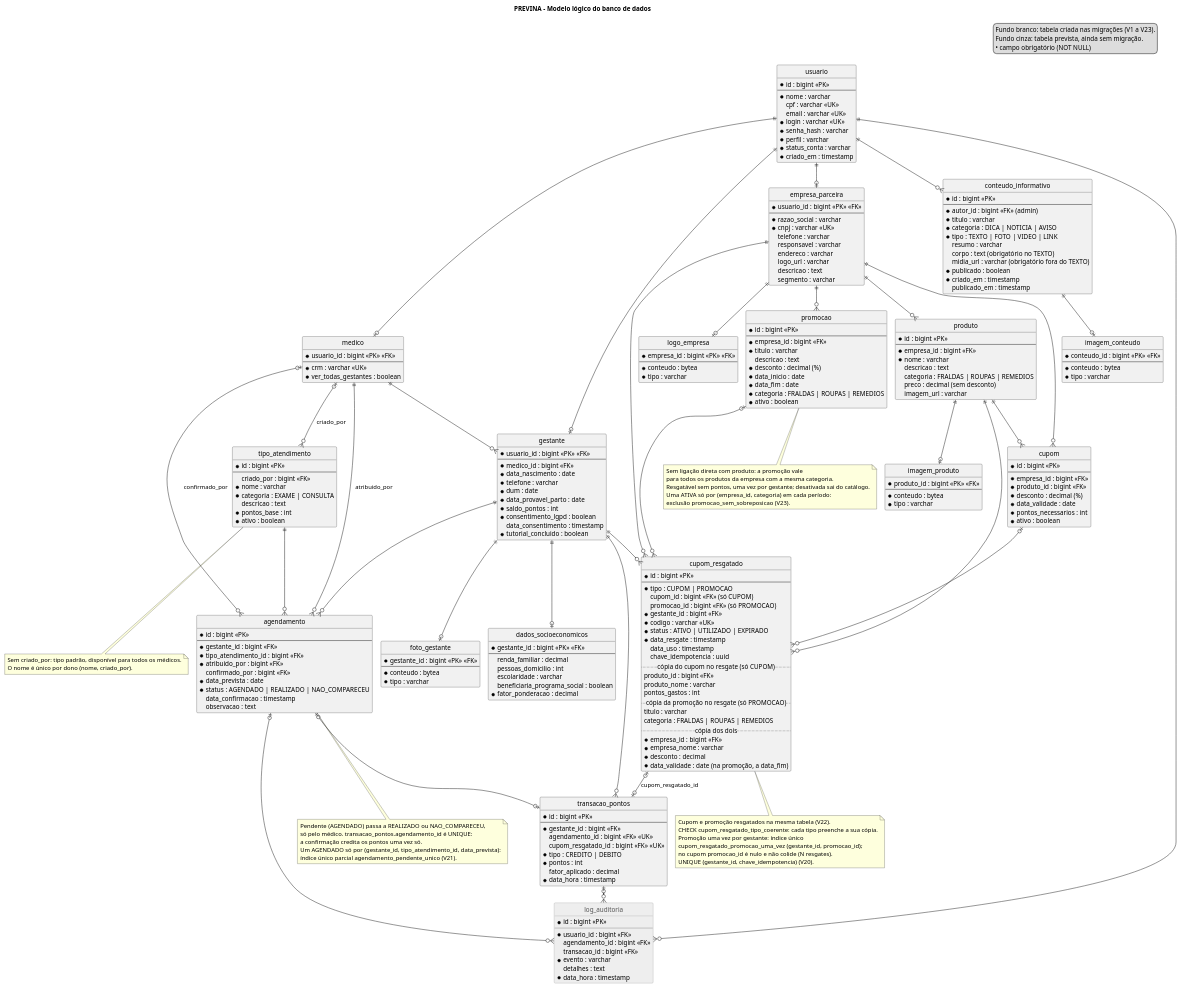
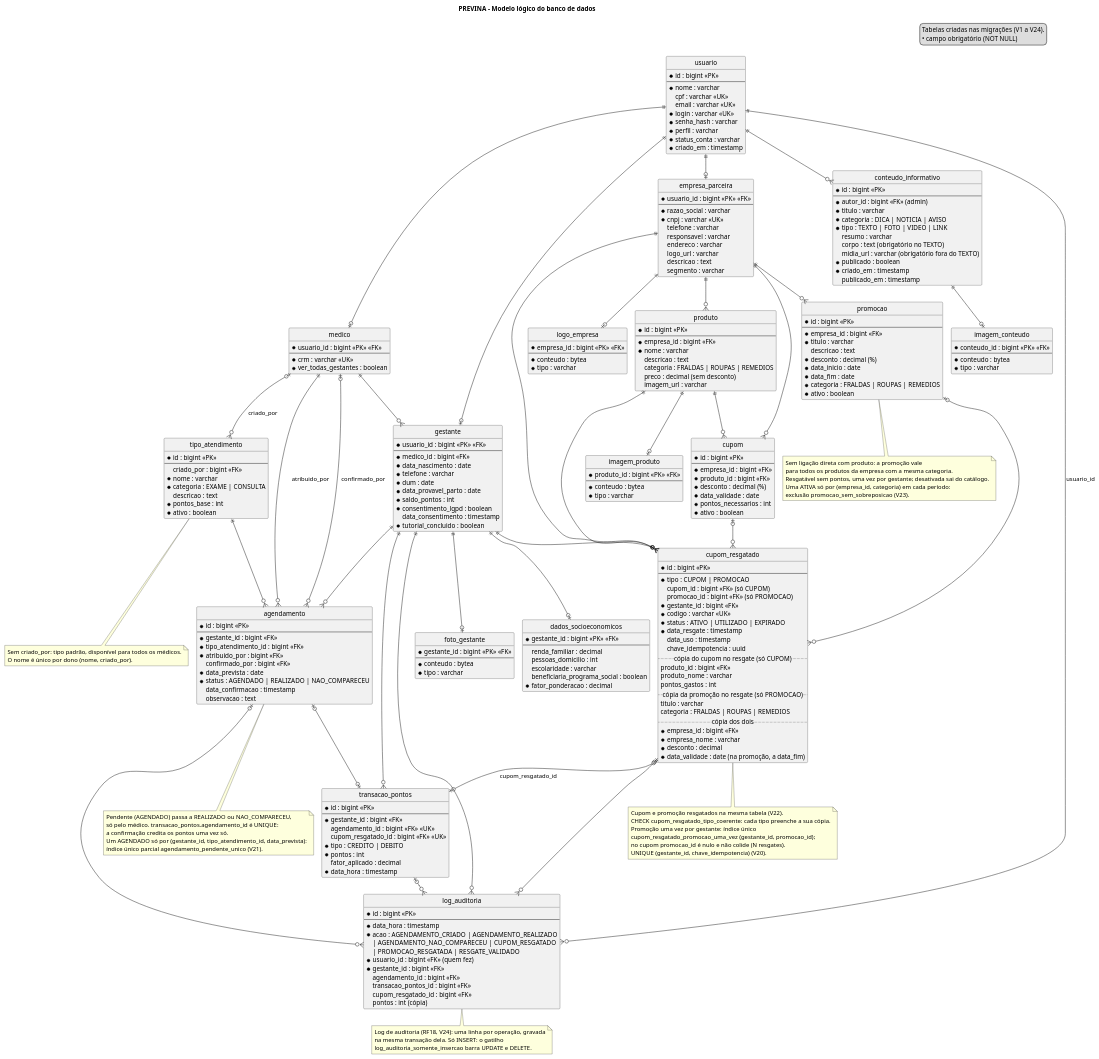
One commit to CozyShelf/previna-backend changed the diagram in docs/domain/dominio/dominio.puml. Above: the diagram before and after it, drawn with PlantUML. The commit also changed 17 other files, not shown here.

Commit message:
docs: log de auditoria no README, nos diagramas de sequência e no modelo lógico

```diff
--- a/docs/domain/dominio/dominio.puml
+++ b/docs/domain/dominio/dominio.puml
@@ -3,15 +3,9 @@
 title PREVINA - Modelo lógico do banco de dados
 hide circle
 hide stereotype
-skinparam class {
-  BackgroundColor<<previsto>> #EEEEEE
-  BorderColor<<previsto>> #888888
-  FontColor<<previsto>> #555555
-}
 
 legend top right
-  Fundo branco: tabela criada nas migrações (V1 a V23).
-  Fundo cinza: tabela prevista, ainda sem migração.
+  Tabelas criadas nas migrações (V1 a V24).
   • campo obrigatório (NOT NULL)
 endlegend
 
@@ -212,15 +206,19 @@
   * tipo : varchar
 }
 
-entity log_auditoria <<previsto>> {
+entity log_auditoria {
   * id : bigint <<PK>>
   --
-  * usuario_id : bigint <<FK>>
+  * data_hora : timestamp
+  * acao : AGENDAMENTO_CRIADO | AGENDAMENTO_REALIZADO
+    | AGENDAMENTO_NAO_COMPARECEU | CUPOM_RESGATADO
+    | PROMOCAO_RESGATADA | RESGATE_VALIDADO
+  * usuario_id : bigint <<FK>> (quem fez)
+  * gestante_id : bigint <<FK>>
   agendamento_id : bigint <<FK>>
-  transacao_id : bigint <<FK>>
-  * evento : varchar
-  detalhes : text
-  * data_hora : timestamp
+  transacao_pontos_id : bigint <<FK>>
+  cupom_resgatado_id : bigint <<FK>>
+  pontos : int (cópia)
 }
 
 usuario ||--o| medico
@@ -228,7 +226,7 @@
 usuario ||--o| empresa_parceira
 usuario ||--o{ conteudo_informativo
 conteudo_informativo ||--o| imagem_conteudo
-usuario ||--o{ log_auditoria
+usuario ||--o{ log_auditoria : usuario_id
 
 medico ||--o{ gestante
 gestante ||--o| foto_gestante
@@ -256,8 +254,10 @@
 gestante ||--o{ transacao_pontos
 agendamento |o--o| transacao_pontos
 cupom_resgatado |o--o| transacao_pontos : cupom_resgatado_id
+gestante ||--o{ log_auditoria
 agendamento |o--o{ log_auditoria
 transacao_pontos |o--o{ log_auditoria
+cupom_resgatado |o--o{ log_auditoria
 
 note bottom of tipo_atendimento
   Sem criado_por: tipo padrão, disponível para todos os médicos.
@@ -289,4 +289,10 @@
   UNIQUE (gestante_id, chave_idempotencia) (V20).
 end note
 
+note bottom of log_auditoria
+  Log de auditoria (RF18, V24): uma linha por operação, gravada
+  na mesma transação dela. Só INSERT: o gatilho
+  log_auditoria_somente_insercao barra UPDATE e DELETE.
+end note
+
 @enduml
```
